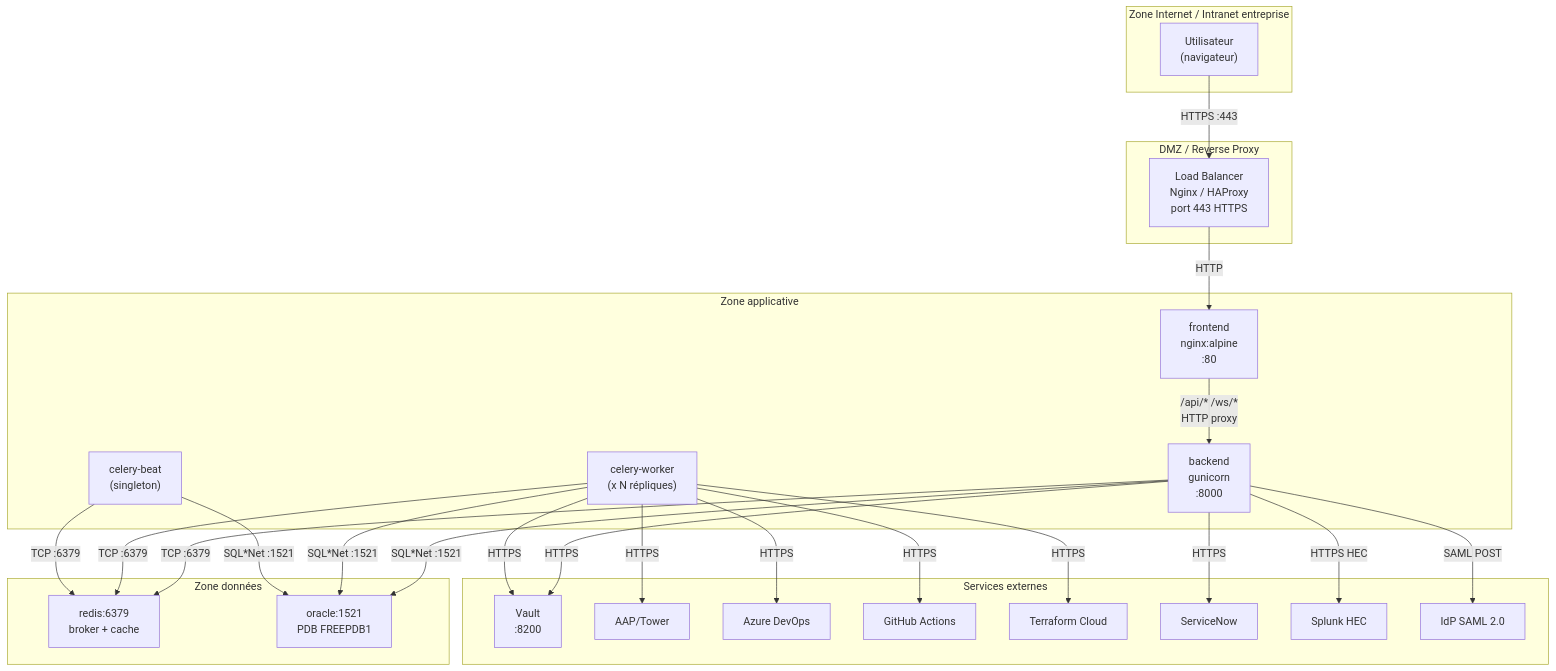
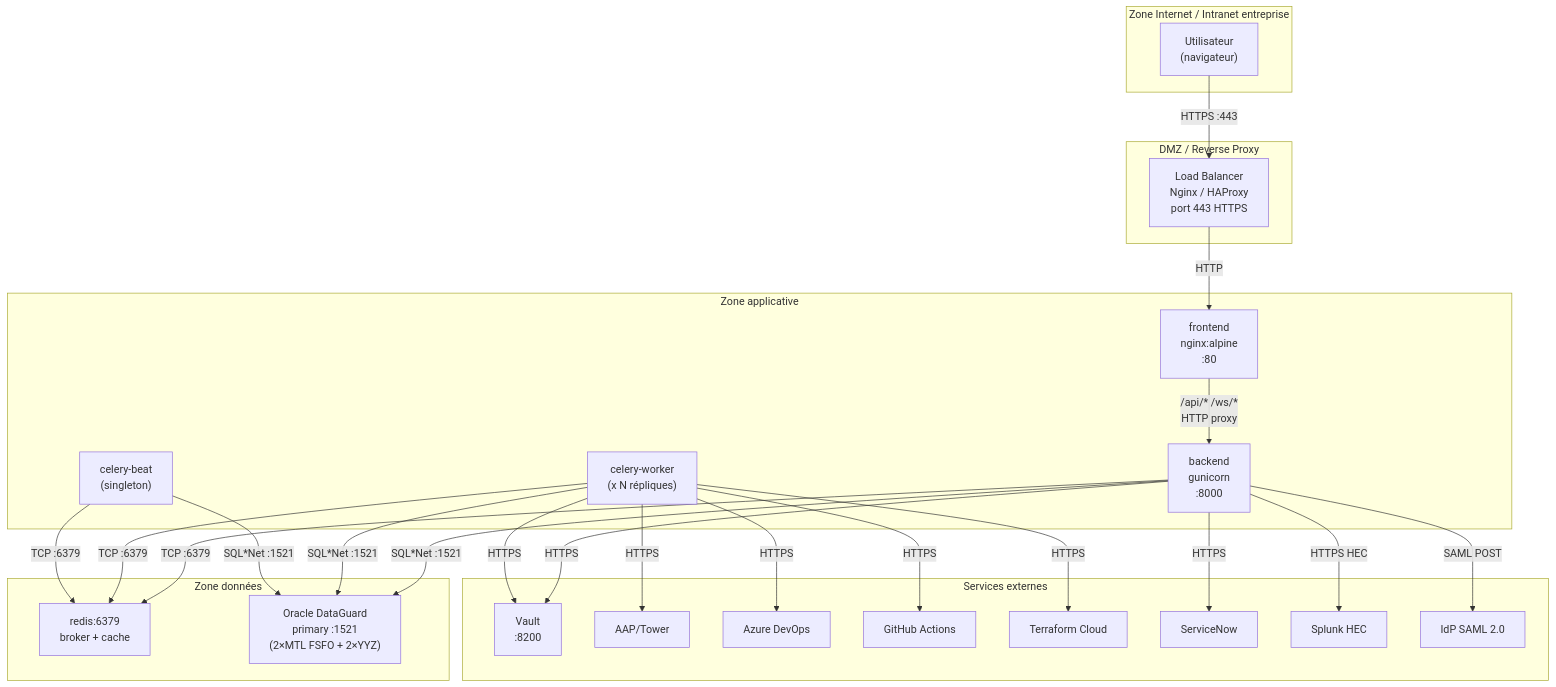
Before and after one commit to cmodiano/dbops-idp-portal: the second of 6 diagrams in docs/architecture/container-architecture.md, drawn with Mermaid. The commit also changed other lines of this file and 14 other files, not shown here.

````diff
--- a/docs/architecture/container-architecture.md
+++ b/docs/architecture/container-architecture.md
@@ -65,52 +78,52 @@
 ```mermaid
 flowchart TD
     subgraph INTERNET["Zone Internet / Intranet entreprise"]
         USER["Utilisateur\n(navigateur)"]
     end
 
     subgraph DMZ["DMZ / Reverse Proxy"]
         LB["Load Balancer\nNginx / HAProxy\nport 443 HTTPS"]
     end
 
     subgraph APP["Zone applicative"]
         FE["frontend\nnginx:alpine\n:80"]
         BE["backend\ngunicorn\n:8000"]
         CW["celery-worker\n(x N répliques)"]
         CB["celery-beat\n(singleton)"]
     end
 
     subgraph DATA["Zone données"]
         RD["redis:6379\nbroker + cache"]
-        ORA["oracle:1521\nPDB FREEPDB1"]
+        ORA["Oracle DataGuard\nprimary :1521\n(2×MTL FSFO + 2×YYZ)"]
     end
 
     subgraph EXTERNAL["Services externes"]
         VAULT["Vault\n:8200"]
         AAP["AAP/Tower"]
         AZ["Azure DevOps"]
         GH["GitHub Actions"]
         TF["Terraform Cloud"]
         SN["ServiceNow"]
         SP["Splunk HEC"]
         IDP_SAML["IdP SAML 2.0"]
     end
 
     USER -->|"HTTPS :443"| LB
     LB -->|"HTTP"| FE
     FE -->|"/api/* /ws/*\nHTTP proxy"| BE
     BE -->|"TCP :6379"| RD
     BE -->|"SQL*Net :1521"| ORA
     BE -->|"HTTPS"| VAULT
     BE -->|"SAML POST"| IDP_SAML
     BE -->|"HTTPS"| SN
     BE -->|"HTTPS HEC"| SP
     CW -->|"TCP :6379"| RD
     CW -->|"SQL*Net :1521"| ORA
     CW -->|"HTTPS"| VAULT
     CW -->|"HTTPS"| AAP
     CW -->|"HTTPS"| AZ
     CW -->|"HTTPS"| GH
     CW -->|"HTTPS"| TF
     CB -->|"TCP :6379"| RD
     CB -->|"SQL*Net :1521"| ORA
 ```
````
